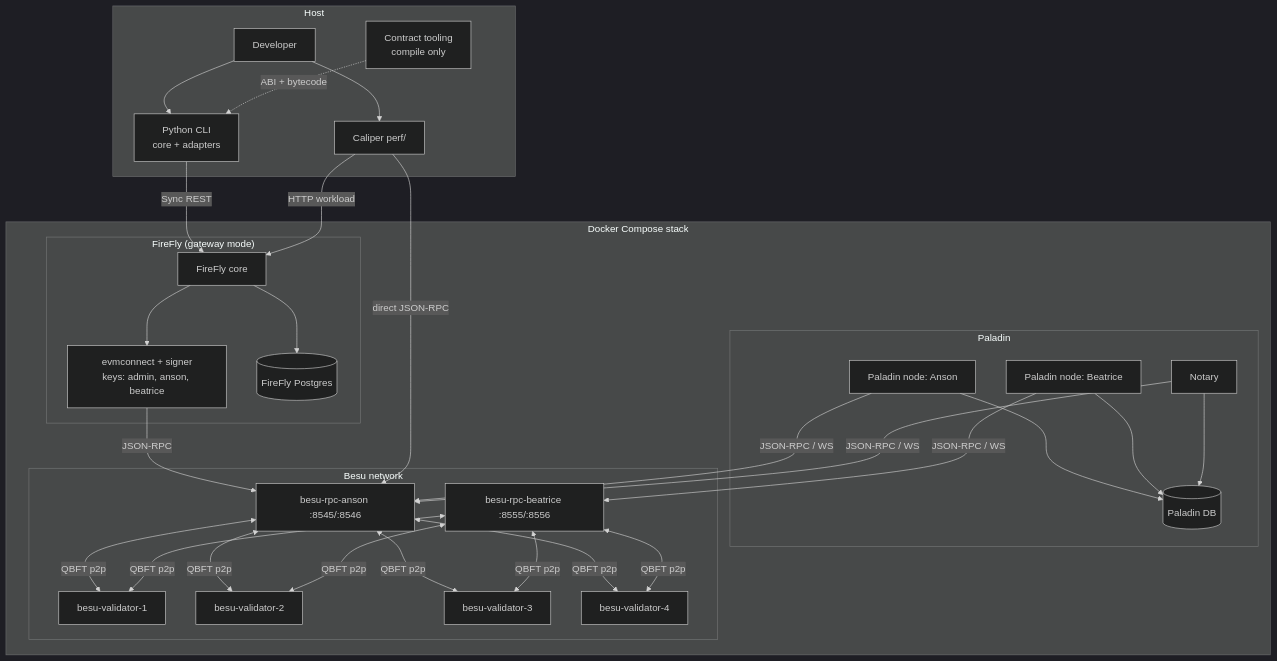
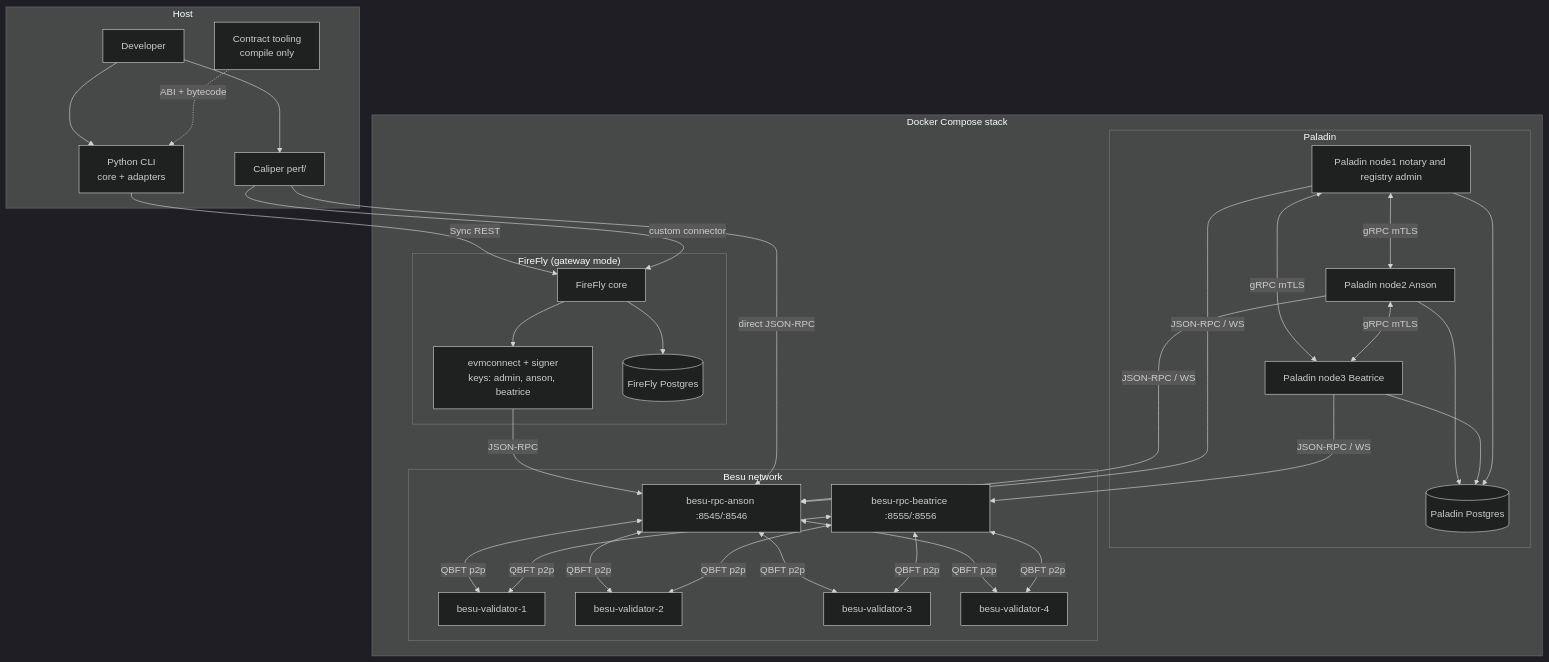
The first of 4 diagrams in docs/architecture.md (hohowin/besu-with-firefly), drawn with Mermaid (dark theme) before and after one commit. The commit also changed other lines of this file and 5 other files, not shown here.

````diff
--- a/docs/architecture.md
+++ b/docs/architecture.md
@@ -61,55 +61,58 @@
 ```mermaid
 graph TD
   subgraph Host
     DEV[Developer]
     CLI["Python CLI<br/>core + adapters"]
     CAL["Caliper perf/"]
     HH["Contract tooling<br/>compile only"]
   end
 
   subgraph "Docker Compose stack"
     subgraph "FireFly (gateway mode)"
       FF["FireFly core"]
       EVM["evmconnect + signer<br/>keys: admin, anson, beatrice"]
       FFDB[("FireFly Postgres")]
     end
     subgraph "Paladin"
-      PA["Paladin node: Anson"]
-      PB["Paladin node: Beatrice"]
-      PN["Notary"]
-      PDB[("Paladin DB")]
+      PA["Paladin node2 Anson"]
+      PB["Paladin node3 Beatrice"]
+      PN["Paladin node1 notary and registry admin"]
+      PDB[("Paladin Postgres")]
     end
     subgraph "Besu network"
       V1[besu-validator-1]
       V2[besu-validator-2]
       V3[besu-validator-3]
       V4[besu-validator-4]
       RA["besu-rpc-anson :8545/:8546"]
       RB["besu-rpc-beatrice :8555/:8556"]
     end
   end
 
   DEV --> CLI
   DEV --> CAL
   CLI -->|"Sync REST"| FF
   FF --> EVM
   FF --> FFDB
   EVM -->|"JSON-RPC"| RA
   PA -->|"JSON-RPC / WS"| RA
   PB -->|"JSON-RPC / WS"| RB
   PN -->|"JSON-RPC / WS"| RA
   PA --> PDB
   PB --> PDB
   PN --> PDB
+  PN <-->|"gRPC mTLS"| PA
+  PN <-->|"gRPC mTLS"| PB
+  PA <-->|"gRPC mTLS"| PB
   CAL -->|"direct JSON-RPC"| RA
-  CAL -->|"HTTP workload"| FF
+  CAL -->|"custom connector"| FF
   HH -.->|"ABI + bytecode"| CLI
   RA <-->|QBFT p2p| V1
   RA <-->|QBFT p2p| V2
   RA <-->|QBFT p2p| V3
   RA <-->|QBFT p2p| V4
   RB <-->|QBFT p2p| V1
   RB <-->|QBFT p2p| V2
   RB <-->|QBFT p2p| V3
   RB <-->|QBFT p2p| V4
 ```
````
